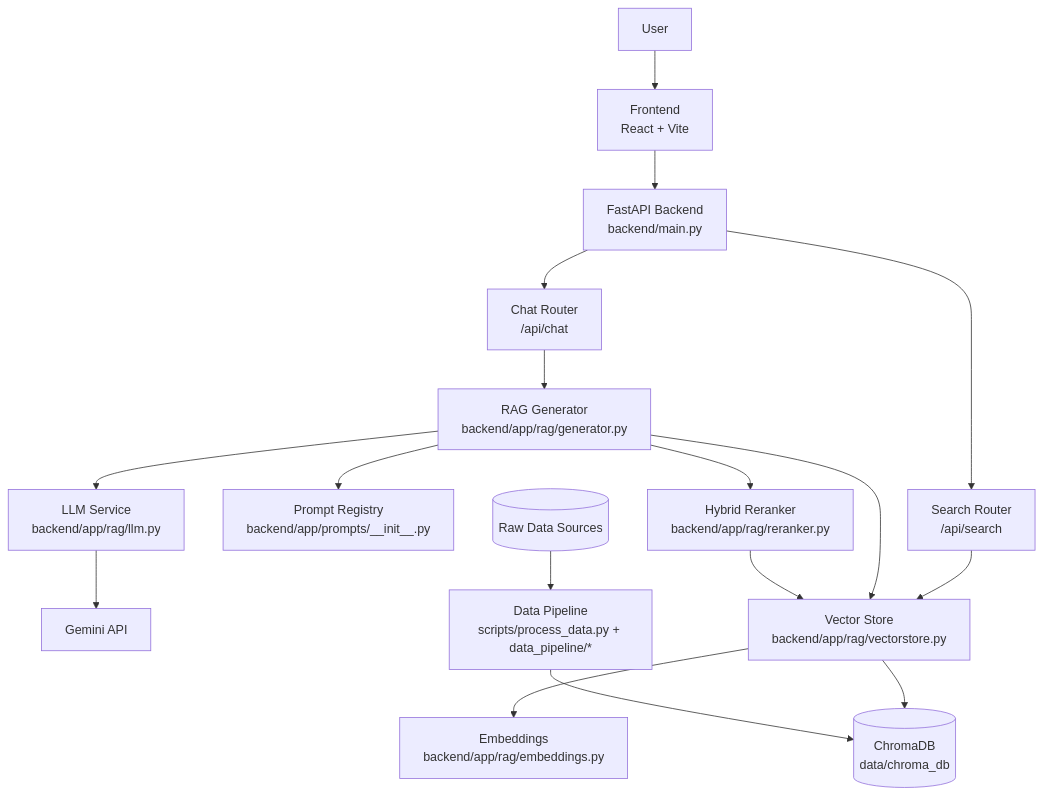
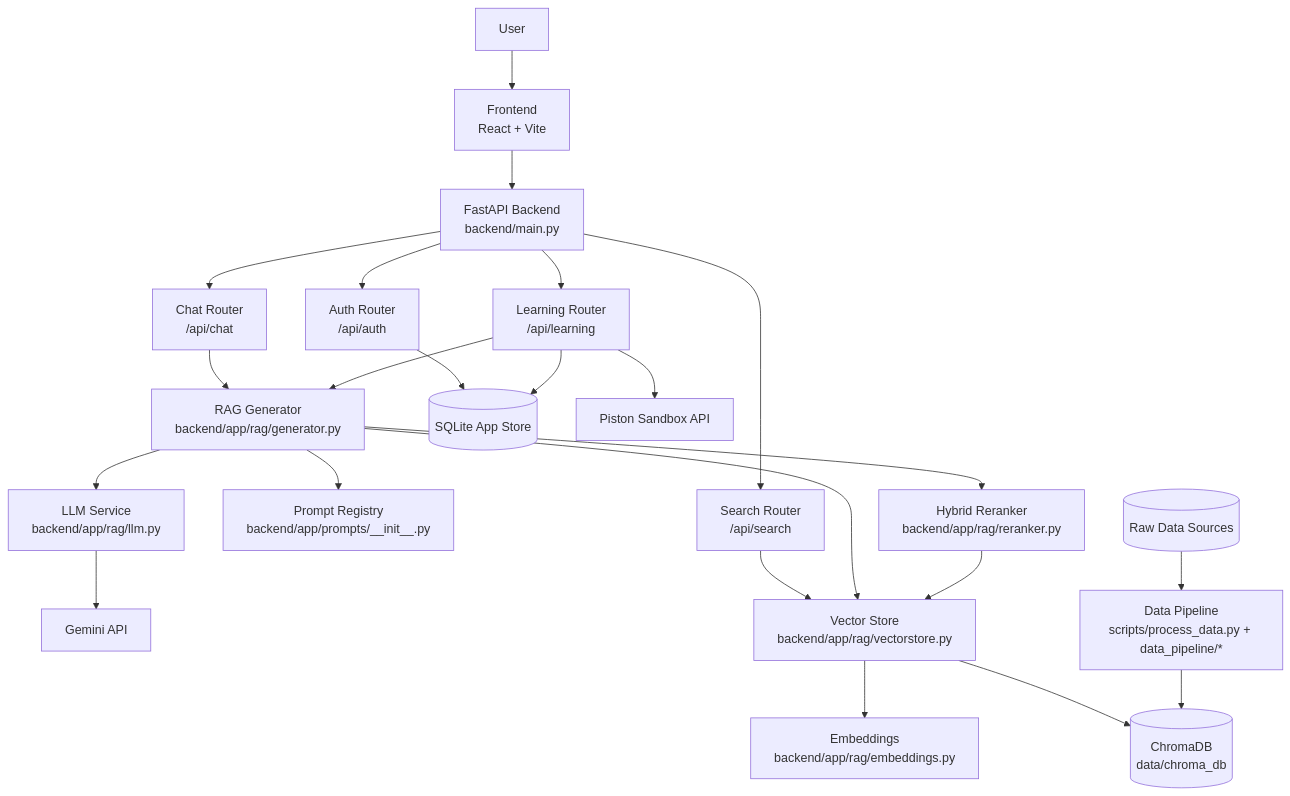
Before and after one commit to cheredi/swali-ai: the first of 3 diagrams in docs/architecture.md, drawn with Mermaid. The commit also changed other lines of this file and 116 other files, not shown here.

````diff
--- a/docs/architecture.md
+++ b/docs/architecture.md
@@ -17,36 +17,44 @@
 ```mermaid
 flowchart TD
   User[User]
   Frontend[Frontend\nReact + Vite]
   API[FastAPI Backend\nbackend/main.py]
   ChatRouter[Chat Router\n/api/chat]
   SearchRouter[Search Router\n/api/search]
+  AuthRouter[Auth Router\n/api/auth]
+  LearningRouter[Learning Router\n/api/learning]
   Generator[RAG Generator\nbackend/app/rag/generator.py]
   PromptLayer[Prompt Registry\nbackend/app/prompts/__init__.py]
   LLMService[LLM Service\nbackend/app/rag/llm.py]
   Gemini[Gemini API]
   VectorStore[Vector Store\nbackend/app/rag/vectorstore.py]
   Embeddings[Embeddings\nbackend/app/rag/embeddings.py]
   Reranker[Hybrid Reranker\nbackend/app/rag/reranker.py]
   Chroma[(ChromaDB\ndata/chroma_db)]
   DataPipeline[Data Pipeline\nscripts/process_data.py + data_pipeline/*]
   RawData[(Raw Data Sources)]
 
   User --> Frontend --> API
   API --> ChatRouter
   API --> SearchRouter
+  API --> AuthRouter
+  API --> LearningRouter
 
   ChatRouter --> Generator
   SearchRouter --> VectorStore
+  AuthRouter --> AppStore[(SQLite App Store)]
+  LearningRouter --> AppStore
+  LearningRouter --> Generator
+  LearningRouter --> Sandbox[Piston Sandbox API]
 
   Generator --> VectorStore
   Generator --> PromptLayer
   Generator --> LLMService --> Gemini
 
   VectorStore --> Embeddings
   VectorStore --> Chroma
   Generator --> Reranker
   Reranker --> VectorStore
 
   RawData --> DataPipeline --> Chroma
 ```
````
